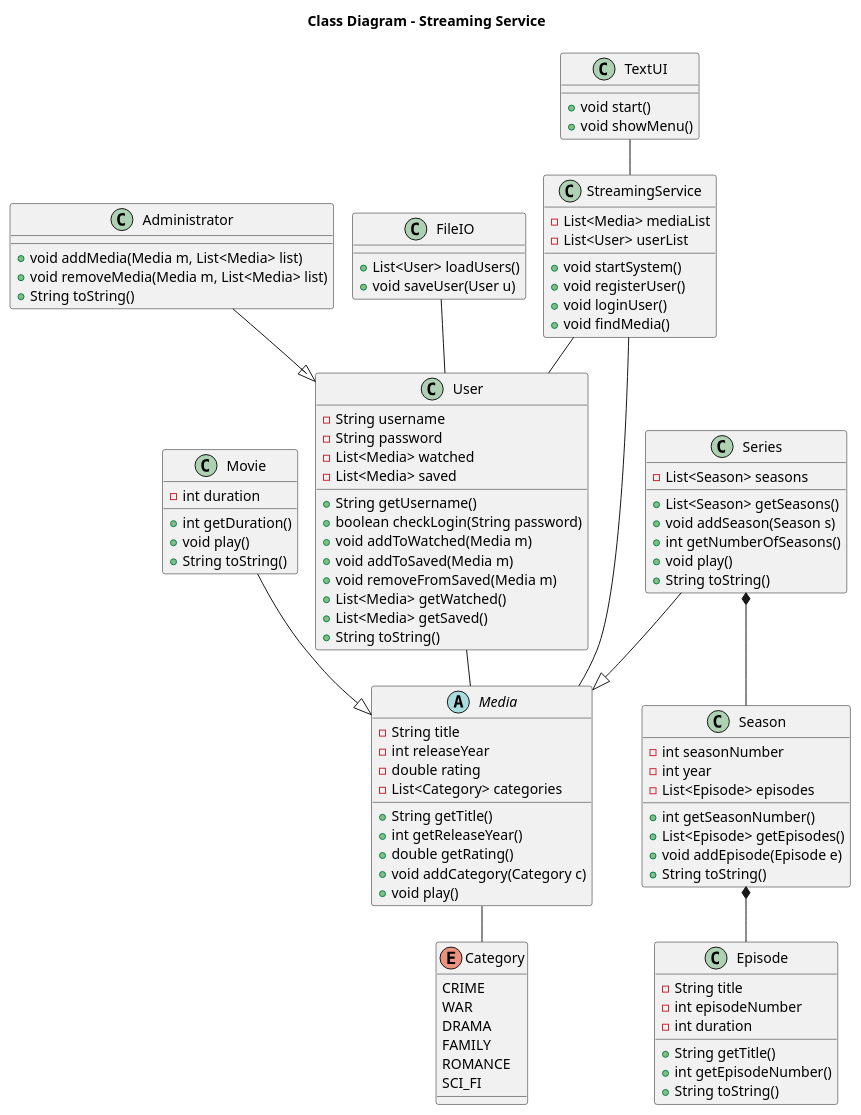
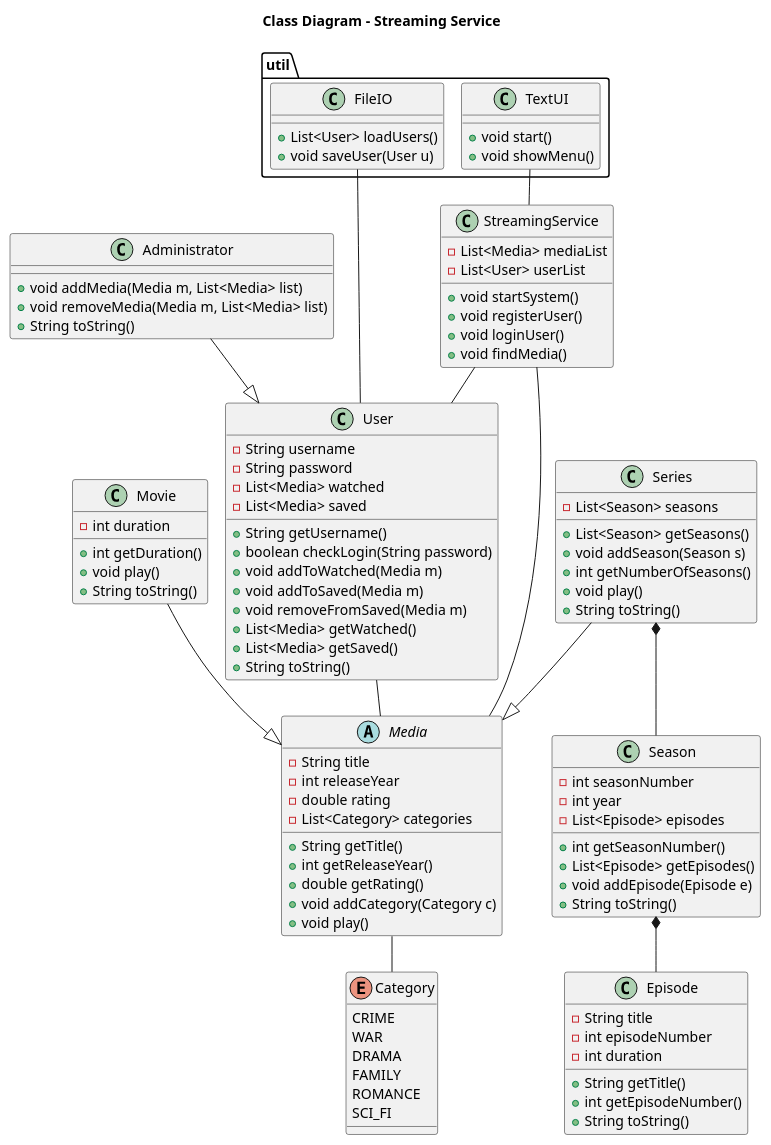
One commit to BesimaP/SP3---Streaming---Tjeneste changed the diagram in doc/static/klassediagram.puml. Above: the diagram before and after it, drawn with PlantUML.

Commit message:
util package

```diff
--- a/doc/static/klassediagram.puml
+++ b/doc/static/klassediagram.puml
@@ -1,120 +1,123 @@
 @startuml
 !pragma layout smetana
 
 title Class Diagram - Streaming Service
 
 ' ===== Classes =====
 abstract class Media {
   - String title
   - int releaseYear
   - double rating
   - List<Category> categories
   + String getTitle()
   + int getReleaseYear()
   + double getRating()
   + void addCategory(Category c)
   + void play()
 }
 
 class Movie {
   - int duration
   + int getDuration()
   + void play()
   + String toString()
 }
 
 class Series {
   - List<Season> seasons
   + List<Season> getSeasons()
   + void addSeason(Season s)
   + int getNumberOfSeasons()
   + void play()
   + String toString()
 }
 
 class Season {
   - int seasonNumber
   - int year
   - List<Episode> episodes
   + int getSeasonNumber()
   + List<Episode> getEpisodes()
   + void addEpisode(Episode e)
   + String toString()
 }
 
 class Episode {
   - String title
   - int episodeNumber
   - int duration
   + String getTitle()
   + int getEpisodeNumber()
   + String toString()
 }
 
 enum Category {
   CRIME
   WAR
   DRAMA
   FAMILY
   ROMANCE
   SCI_FI
 }
 
 class User {
   - String username
   - String password
   - List<Media> watched
   - List<Media> saved
   + String getUsername()
   + boolean checkLogin(String password)
   + void addToWatched(Media m)
   + void addToSaved(Media m)
   + void removeFromSaved(Media m)
   + List<Media> getWatched()
   + List<Media> getSaved()
   + String toString()
 }
 
 class Administrator {
   + void addMedia(Media m, List<Media> list)
   + void removeMedia(Media m, List<Media> list)
   + String toString()
 }
 
 class StreamingService {
   - List<Media> mediaList
   - List<User> userList
   + void startSystem()
   + void registerUser()
   + void loginUser()
   + void findMedia()
 }
 
+
+package "util"{
 class FileIO {
   + List<User> loadUsers()
   + void saveUser(User u)
 }
 
 class TextUI {
   + void start()
   + void showMenu()
+}
 }
 
 'Inheritance
 Movie --|> Media
 Series --|> Media
 Administrator --|> User
 
 'Composition
 Series *-- Season
 Season *-- Episode
 
 'Associations
 Media -- Category
 User -- Media
 StreamingService -- User
 StreamingService -- Media
 FileIO -- User
 TextUI -- StreamingService
 
 @enduml
```
